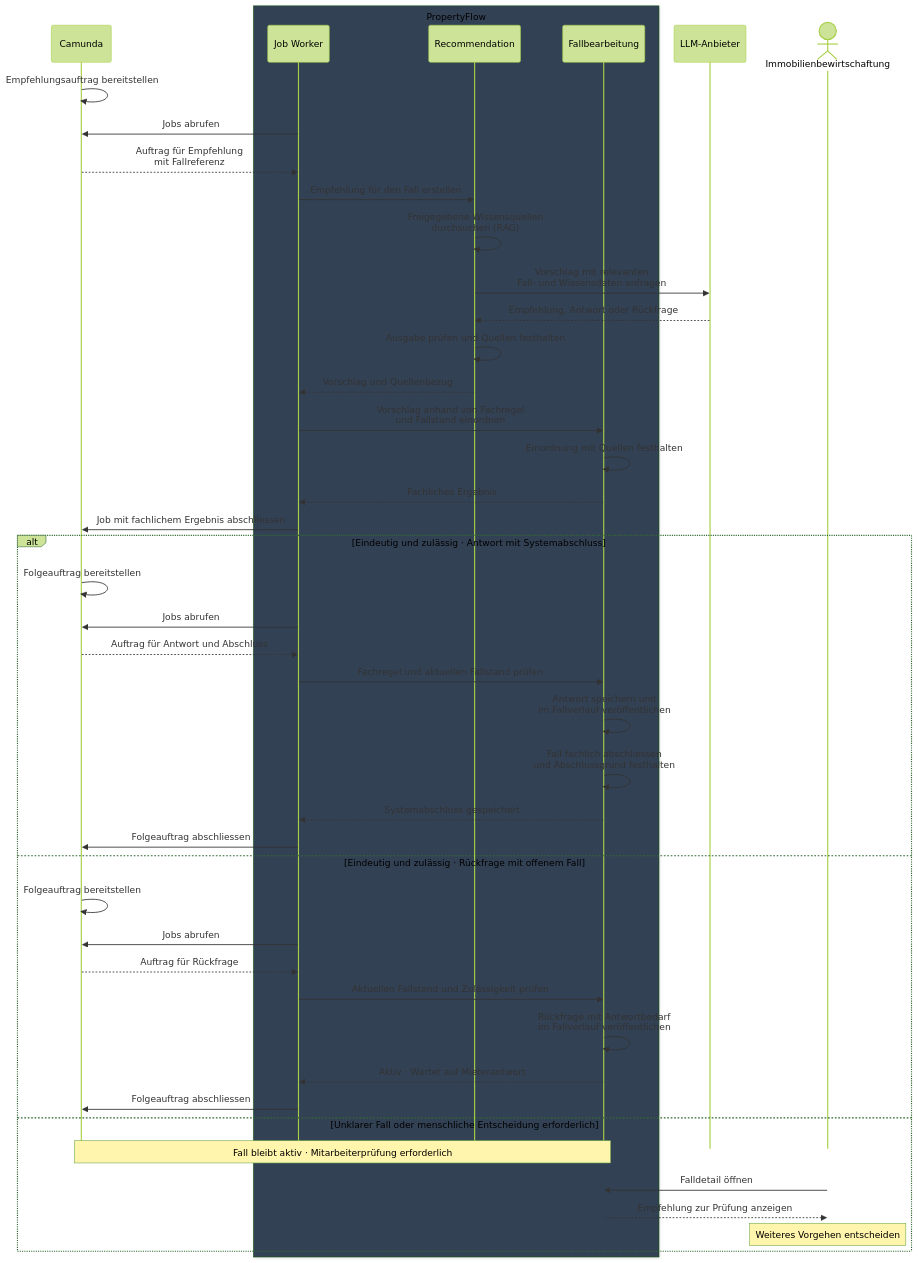
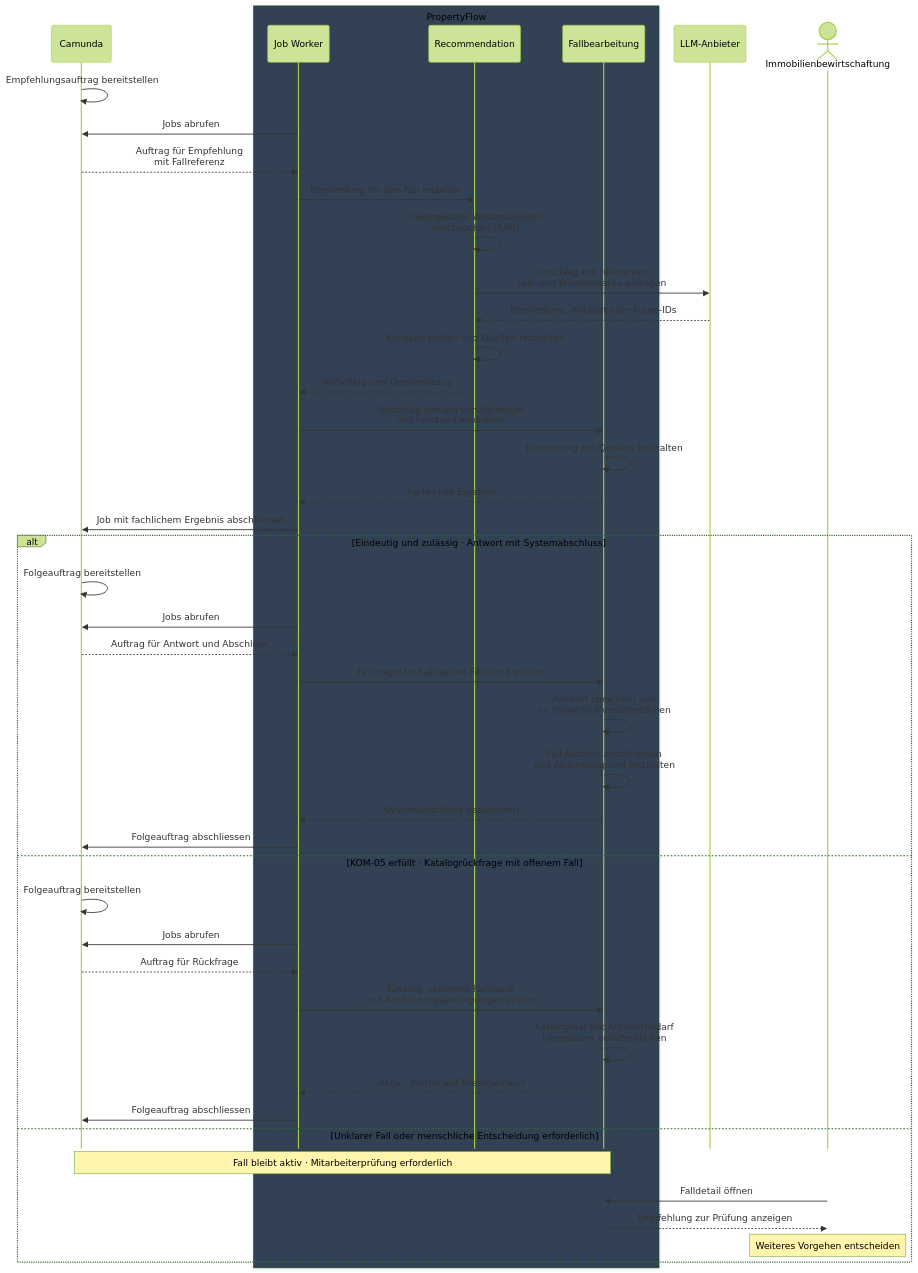
The second of 2 diagrams in docs/architecture/adr/ADR-002-camunda8-workflow-orchestrierung.md (permarco/propertyflow), drawn with Mermaid (forest theme) before and after one commit. The commit also changed other lines of this file and 121 other files, not shown here.

````diff
--- a/docs/architecture/adr/ADR-002-camunda8-workflow-orchestrierung.md
+++ b/docs/architecture/adr/ADR-002-camunda8-workflow-orchestrierung.md
@@ -542,55 +552,55 @@
 ```mermaid
 ---
 config:
   sequence:
     actorMargin: 24
     mirrorActors: false
     width: 105
 ---
 sequenceDiagram
     participant C as Camunda
     box rgb(51, 65, 85) PropertyFlow
         participant W as Job Worker
         participant R as Recommendation
         participant F as Fallbearbeitung
     end
     participant L as LLM-Anbieter
     actor M as Immobilienbewirtschaftung
 
     C->>C: Empfehlungsauftrag bereitstellen
     W->>C: Jobs abrufen
     C-->>W: Auftrag für Empfehlung<br/>mit Fallreferenz
     W->>R: Empfehlung für den Fall erstellen
     R->>R: Freigegebene Wissensquellen<br/>durchsuchen (RAG)
     R->>L: Vorschlag mit relevanten<br/>Fall- und Wissensdaten anfragen
-    L-->>R: Empfehlung, Antwort oder Rückfrage
+    L-->>R: Empfehlung, Antwort oder Frage-IDs
     R->>R: Ausgabe prüfen und Quellen festhalten
     R-->>W: Vorschlag und Quellenbezug
     W->>F: Vorschlag anhand von Fachregel<br/>und Fallstand einordnen
     F->>F: Einordnung mit Quellen festhalten
     F-->>W: Fachliches Ergebnis
     W->>C: Job mit fachlichem Ergebnis abschliessen
     alt Eindeutig und zulässig · Antwort mit Systemabschluss
         C->>C: Folgeauftrag bereitstellen
         W->>C: Jobs abrufen
         C-->>W: Auftrag für Antwort und Abschluss
         W->>F: Fachregel und aktuellen Fallstand prüfen
         F->>F: Antwort speichern und<br/>im Fallverlauf veröffentlichen
         F->>F: Fall fachlich abschliessen<br/>und Abschlussgrund festhalten
         F-->>W: Systemabschluss gespeichert
         W->>C: Folgeauftrag abschliessen
-    else Eindeutig und zulässig · Rückfrage mit offenem Fall
+    else KOM-05 erfüllt · Katalogrückfrage mit offenem Fall
         C->>C: Folgeauftrag bereitstellen
         W->>C: Jobs abrufen
         C-->>W: Auftrag für Rückfrage
-        W->>F: Aktuellen Fallstand und Zulässigkeit prüfen
-        F->>F: Rückfrage mit Antwortbedarf<br/>im Fallverlauf veröffentlichen
+        W->>F: Katalog, aktuellen Fallstand<br/>und Ausführungsbedingungen prüfen
+        F->>F: Katalogtext mit Antwortbedarf<br/>idempotent veröffentlichen
         F-->>W: Aktiv · Wartet auf Mieterantwort
         W->>C: Folgeauftrag abschliessen
     else Unklarer Fall oder menschliche Entscheidung erforderlich
         Note over C,F: Fall bleibt aktiv · Mitarbeiterprüfung erforderlich
         M->>F: Falldetail öffnen
         F-->>M: Empfehlung zur Prüfung anzeigen
         Note over M: Weiteres Vorgehen entscheiden
     end
 ```
````
